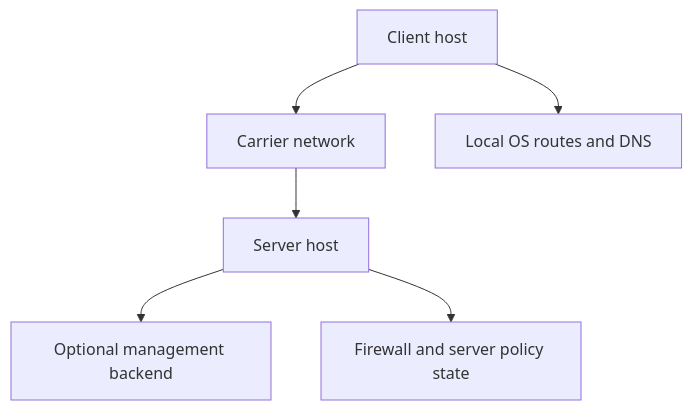
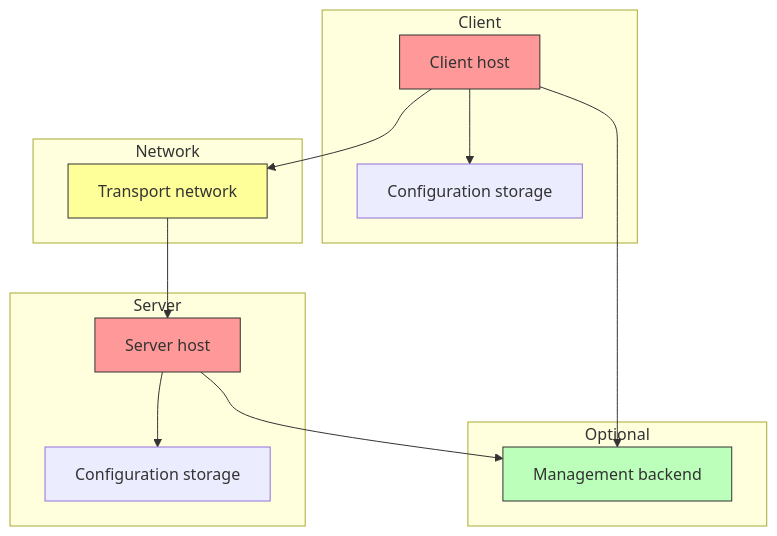
The second of 5 diagrams in docs/SECURITY.md (HyacinthHaru/openppp2), drawn with Mermaid before and after one commit. The commit also changed other lines of this file and 31 other files, not shown here.

````diff
--- a/docs/SECURITY.md
+++ b/docs/SECURITY.md
@@ -50,8 +112,28 @@
 ```mermaid
 flowchart TD
-    A[Client host] --> B[Carrier network]
-    B --> C[Server host]
-    C --> D[Optional management backend]
-    A --> E[Local OS routes and DNS]
-    C --> F[Firewall and server policy state]
+    subgraph Client
+        A[Client host] --> B[Configuration storage]
+    end
+    
+    subgraph Network
+        C[Transport network]
+    end
+    
+    subgraph Server
+        D[Server host] --> E[Configuration storage]
+    end
+    
+    subgraph Optional
+        F[Management backend]
+    end
+    
+    A --> C
+    C --> D
+    D --> F
+    A --> F
+    
+    style A fill:#f99,stroke:#333
+    style D fill:#f99,stroke:#333
+    style C fill:#ff9,stroke:#333
+    style F fill:#bfb,stroke:#333
 ```
````
